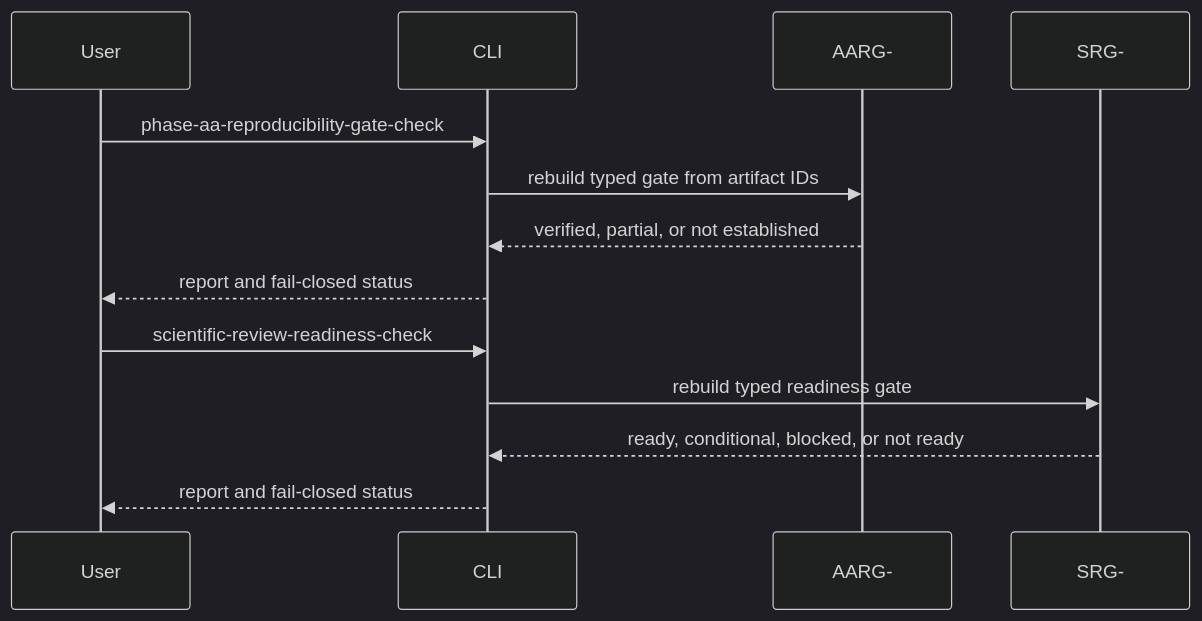
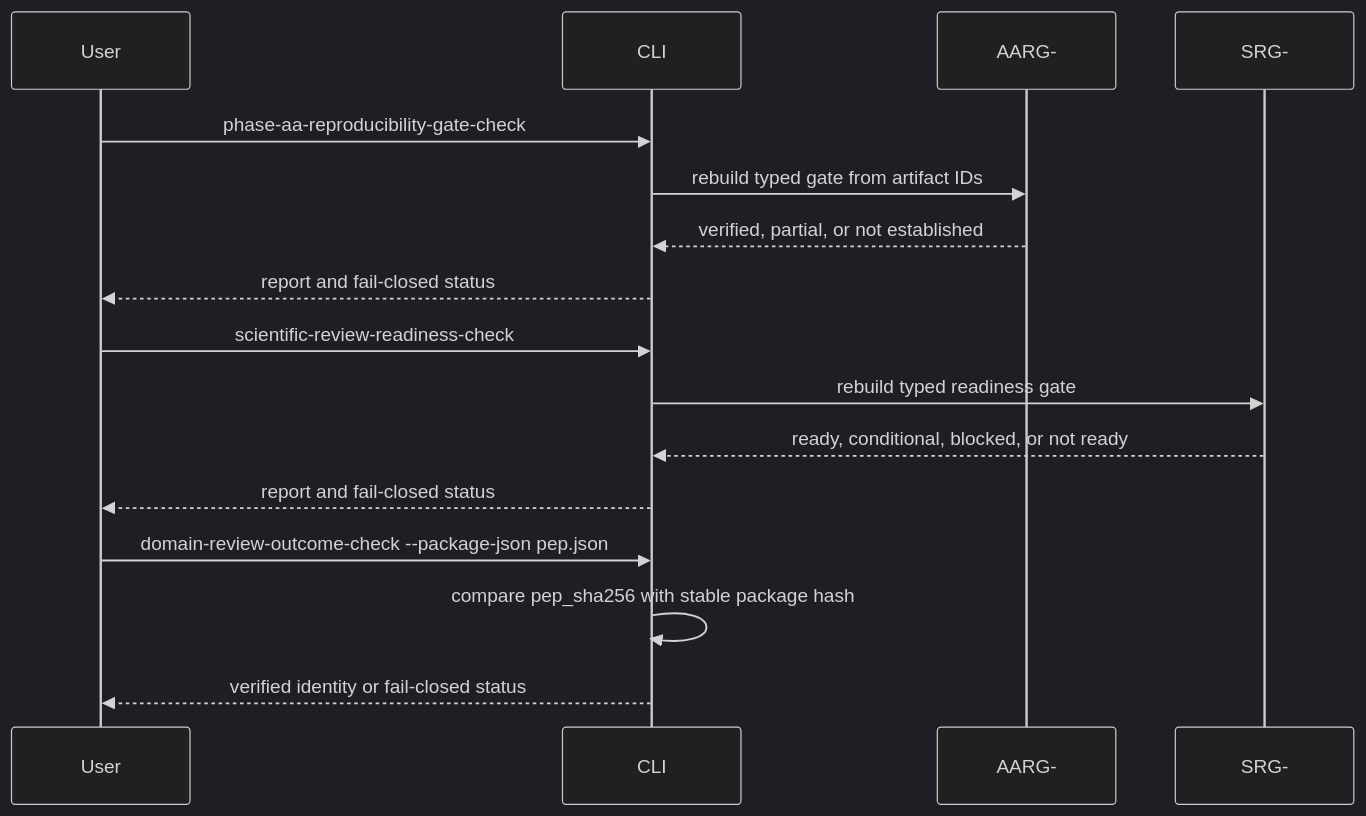
Before and after one commit to streamentry/OpenAMP-Foundry: the second of 2 diagrams in src/openamp_foundry/cli/AGENTS.md, drawn with Mermaid (dark theme). The commit also changed other lines of this file and 16 other files, not shown here.

````diff
--- a/src/openamp_foundry/cli/AGENTS.md
+++ b/src/openamp_foundry/cli/AGENTS.md
@@ -30,15 +33,18 @@
 ```mermaid
 sequenceDiagram
   participant User
   participant CLI
   participant Gate as AARG-
   participant SRG as SRG-
   User->>CLI: phase-aa-reproducibility-gate-check
   CLI->>Gate: rebuild typed gate from artifact IDs
   Gate-->>CLI: verified, partial, or not established
   CLI-->>User: report and fail-closed status
   User->>CLI: scientific-review-readiness-check
   CLI->>SRG: rebuild typed readiness gate
   SRG-->>CLI: ready, conditional, blocked, or not ready
   CLI-->>User: report and fail-closed status
+  User->>CLI: domain-review-outcome-check --package-json pep.json
+  CLI->>CLI: compare pep_sha256 with stable package hash
+  CLI-->>User: verified identity or fail-closed status
 ```
````
